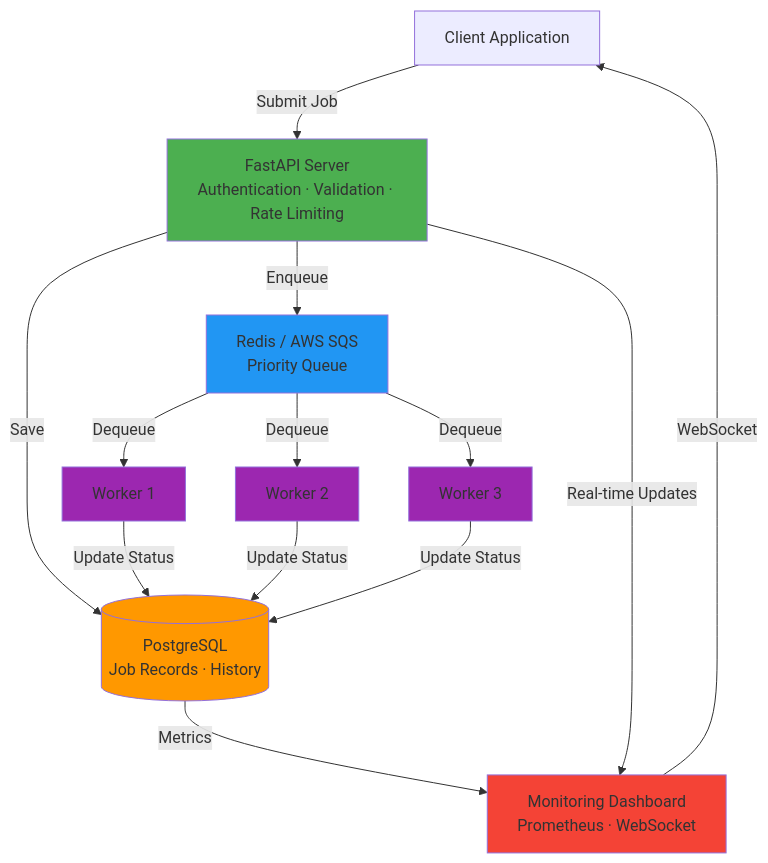
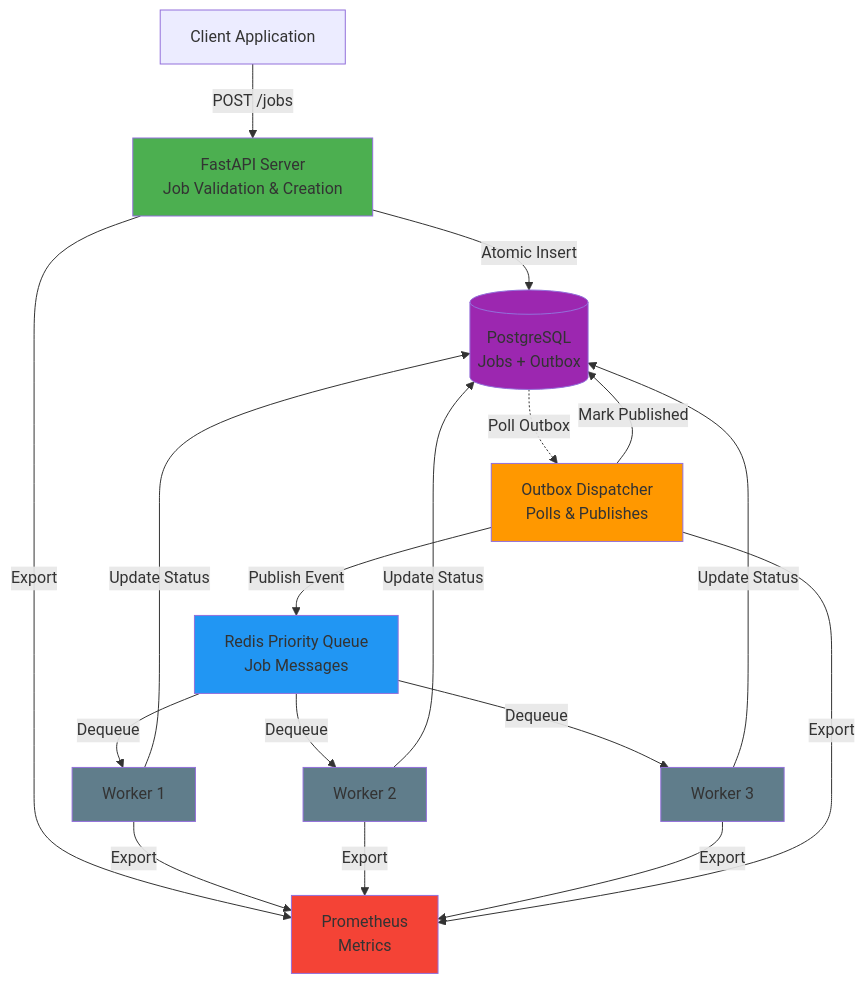
One commit to Latha2308/distributed-job-processing-platform changed the diagram in README.md. Above: the diagram before and after it, drawn with Mermaid. The commit also changed other lines of this file, not shown here.

Commit message:
docs: align README with transactional outbox implementation

````diff
--- a/README.md
+++ b/README.md
@@ -73,32 +111,38 @@
 ```mermaid
 graph TB
     Client[Client Application]
-    API[FastAPI Server<br/>Authentication · Validation · Rate Limiting]
-    Queue[Redis / AWS SQS<br/>Priority Queue]
-    DB[(PostgreSQL<br/>Job Records · History)]
+    API[FastAPI Server<br/>Job Validation & Creation]
+    DB[(PostgreSQL<br/>Jobs + Outbox)]
+    Dispatcher[Outbox Dispatcher<br/>Polls & Publishes]
+    Queue[Redis Priority Queue<br/>Job Messages]
     W1[Worker 1]
     W2[Worker 2]
     W3[Worker 3]
-    Monitor[Monitoring Dashboard<br/>Prometheus · WebSocket]
+    Prom[Prometheus<br/>Metrics]
     
-    Client -->|Submit Job| API
-    API -->|Enqueue| Queue
-    API -->|Save| DB
+    Client -->|POST /jobs| API
+    API -->|Atomic Insert| DB
+    DB -.->|Poll Outbox| Dispatcher
+    Dispatcher -->|Publish Event| Queue
+    Dispatcher -->|Mark Published| DB
     Queue -->|Dequeue| W1
     Queue -->|Dequeue| W2
     Queue -->|Dequeue| W3
     W1 -->|Update Status| DB
     W2 -->|Update Status| DB
     W3 -->|Update Status| DB
-    DB -->|Metrics| Monitor
-    API -->|Real-time Updates| Monitor
-    Monitor -->|WebSocket| Client
+    API -->|Export| Prom
+    W1 -->|Export| Prom
+    W2 -->|Export| Prom
+    W3 -->|Export| Prom
+    Dispatcher -->|Export| Prom
     
     style API fill:#4CAF50
+    style Dispatcher fill:#FF9800
     style Queue fill:#2196F3
-    style DB fill:#FF9800
-    style W1 fill:#9C27B0
-    style W2 fill:#9C27B0
-    style W3 fill:#9C27B0
-    style Monitor fill:#F44336
+    style DB fill:#9C27B0
+    style W1 fill:#607D8B
+    style W2 fill:#607D8B
+    style W3 fill:#607D8B
+    style Prom fill:#F44336
 ```
````
